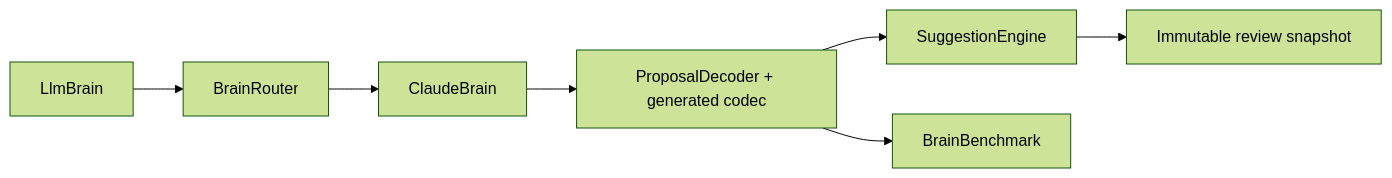
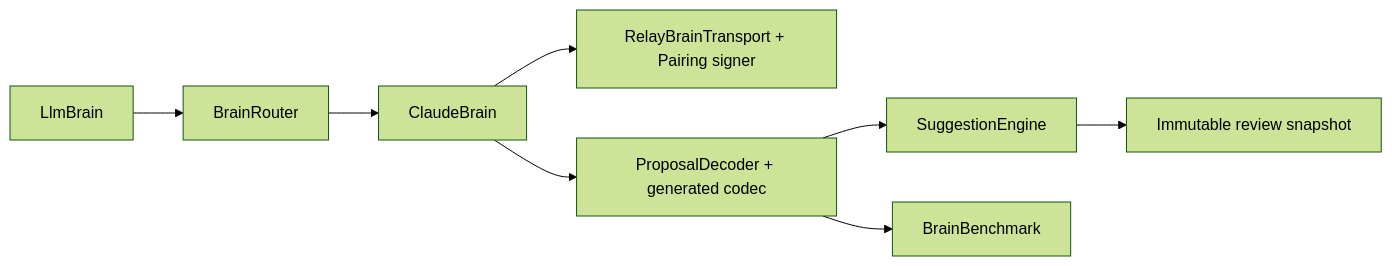
The diagram in SW/ios/Packages/Brain/Sources/README.md (Harwasch/voiceremote), drawn with Mermaid (forest theme) before and after one commit. The commit also changed other lines of this file and 62 other files, not shown here.

Commit message:
SW: iPhone relay pairing, cloud access, held text and remote sync

````diff
--- a/SW/ios/Packages/Brain/Sources/README.md
+++ b/SW/ios/Packages/Brain/Sources/README.md
@@ -1,8 +1,9 @@
 ```mermaid
 flowchart LR
   LlmBrain --> Router[BrainRouter] --> Claude[ClaudeBrain]
+  Claude --> Relay[RelayBrainTransport + Pairing signer]
   Claude --> Decode[ProposalDecoder + generated codec]
   Decode --> Suggestions[SuggestionEngine]
   Suggestions --> Tap[Immutable review snapshot]
   Decode --> Benchmark[BrainBenchmark]
 ```
````
